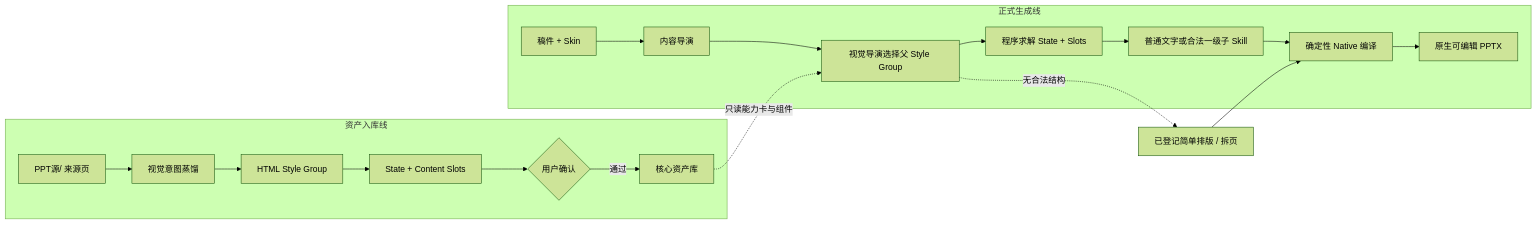
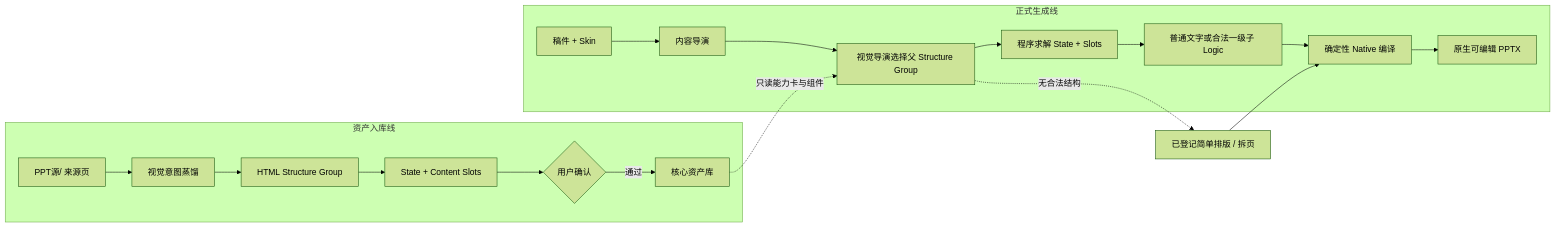
One commit to NEUwpy/PPagenT changed the diagram in docs/产品叙事.md. Above: the diagram before and after it, drawn with Mermaid (forest theme). The commit also changed other lines of this file and 721 other files, not shown here.

Commit message:
refactor: establish Logic and Structure Group workflow

````diff
--- a/docs/产品叙事.md
+++ b/docs/产品叙事.md
@@ -89,21 +89,21 @@
 ```mermaid
 flowchart LR
     subgraph I["资产入库线"]
         A["PPT源/ 来源页"] --> B["视觉意图蒸馏"]
-        B --> C["HTML Style Group"]
+        B --> C["HTML Structure Group"]
         C --> D["State + Content Slots"]
         D --> E{"用户确认"}
         E -->|通过| F["核心资产库"]
     end
     subgraph G["正式生成线"]
         H["稿件 + Skin"] --> J["内容导演"]
-        J --> K["视觉导演选择父 Style Group"]
+        J --> K["视觉导演选择父 Structure Group"]
         K --> L["程序求解 State + Slots"]
-        L --> M["普通文字或合法一级子 Skill"]
+        L --> M["普通文字或合法一级子 Logic"]
         M --> N["确定性 Native 编译"]
         N --> O["原生可编辑 PPTX"]
     end
     F -."只读能力卡与组件".-> K
     K -."无合法结构".-> P["已登记简单排版 / 拆页"]
     P --> N
 ```
````
